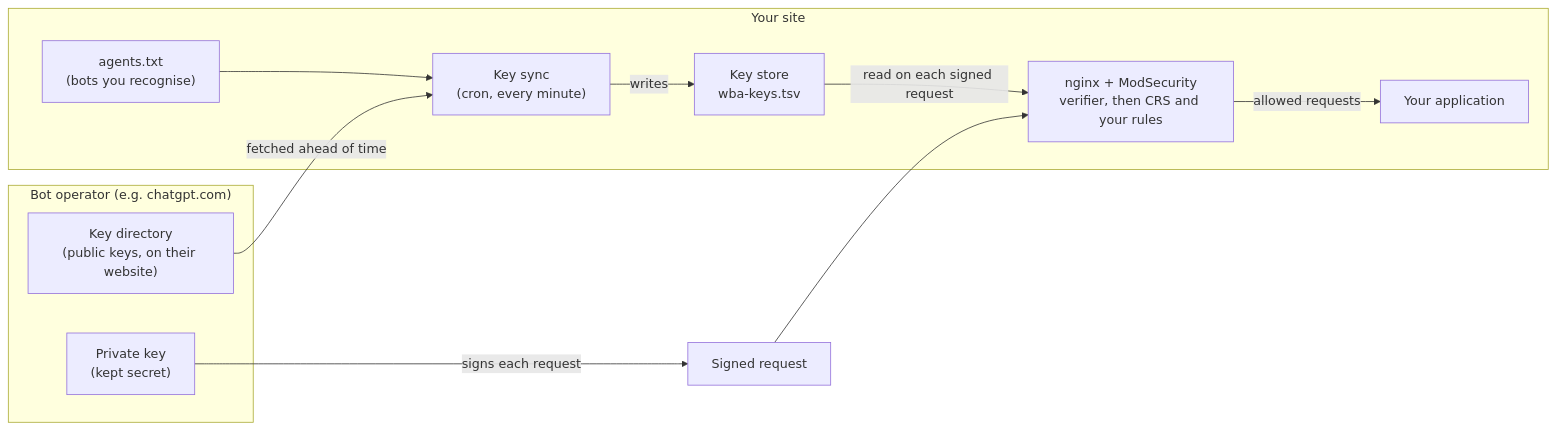
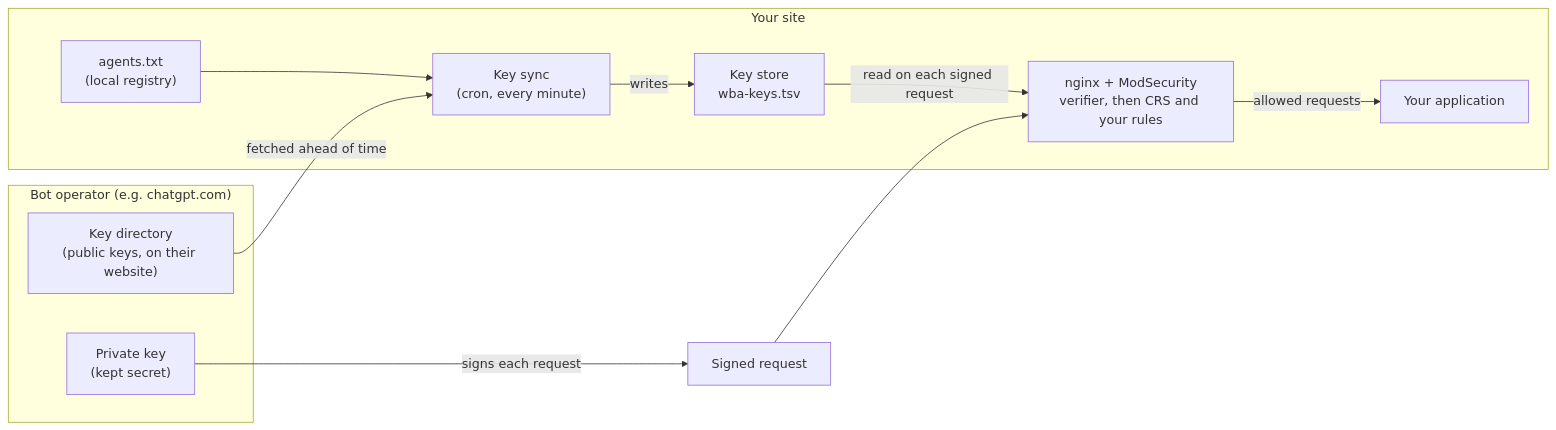
The first of 8 diagrams in lua/wba/HOW-IT-WORKS.md (etiennemunnich/modsec-webbotauth-lua), drawn with Mermaid before and after one commit. The commit also changed other lines of this file and 4 other files, not shown here.

First line of the commit message:
docs: call the shipped bot list the local registry

````diff
--- a/lua/wba/HOW-IT-WORKS.md
+++ b/lua/wba/HOW-IT-WORKS.md
@@ -27,21 +27,21 @@
 ```mermaid
 flowchart LR
     subgraph BotSide["Bot operator (e.g. chatgpt.com)"]
         PK["Private key<br/>(kept secret)"]
         DIR["Key directory<br/>(public keys, on their website)"]
     end
     subgraph YourSide["Your site"]
-        AG["agents.txt<br/>(bots you recognise)"]
+        AG["agents.txt<br/>(local registry)"]
         KS["Key sync<br/>(cron, every minute)"]
         STORE["Key store<br/>wba-keys.tsv"]
         WAF["nginx + ModSecurity<br/>verifier, then CRS and your rules"]
         APP["Your application"]
     end
     AG --> KS
     DIR -- "fetched ahead of time" --> KS
     KS -- "writes" --> STORE
     STORE -- "read on each signed request" --> WAF
     PK -- "signs each request" --> REQ["Signed request"]
     REQ --> WAF
     WAF -- "allowed requests" --> APP
 ```
````
